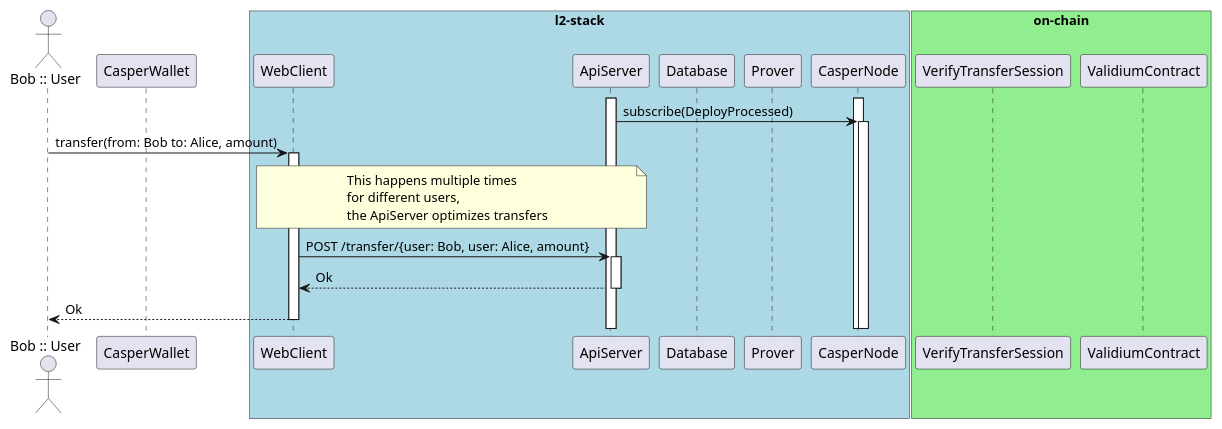
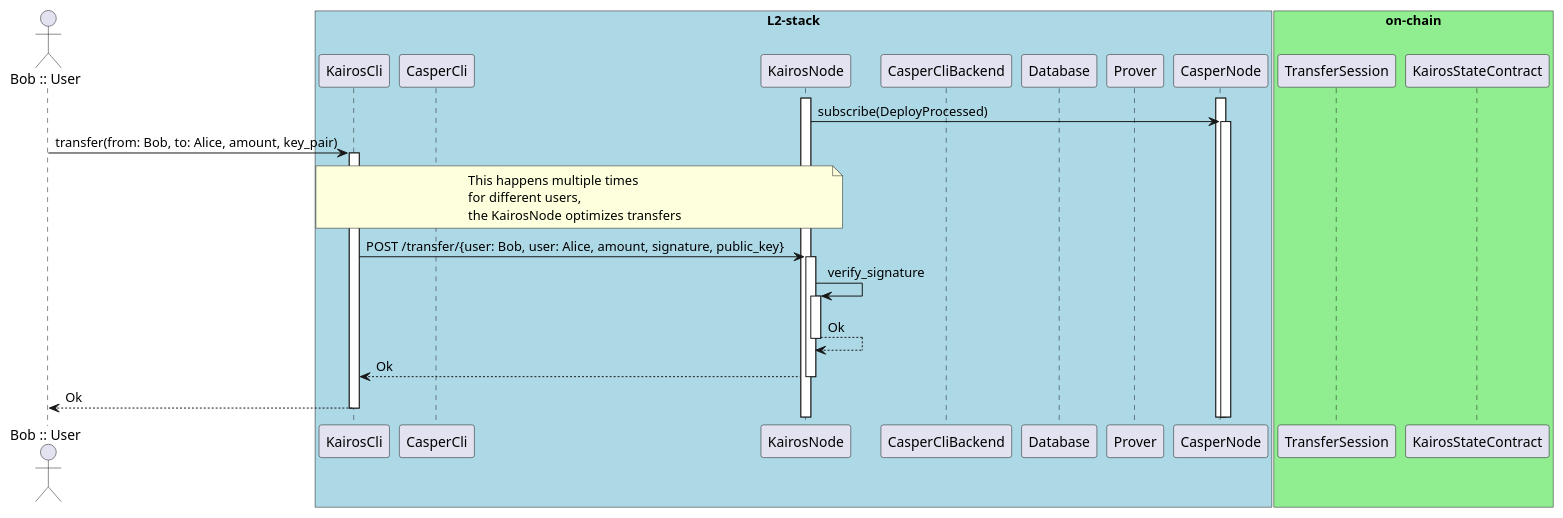
The diagram in diagrams/transfer_sequence_diagram_client_submit.puml (cspr-rad/kairos-spec), drawn with PlantUML before and after one commit. The commit also changed 4 other files, not shown here.

Commit message:
diagrams: update transaction diagrams and text

```diff
--- a/diagrams/transfer_sequence_diagram_client_submit.puml
+++ b/diagrams/transfer_sequence_diagram_client_submit.puml
@@ -1,32 +1,35 @@
 @startuml
 autoactivate on
 actor "Bob :: User" as Bob
-participant CasperWallet
-box "l2-stack" #LightBlue
-participant WebClient
-participant ApiServer
+box "L2-stack" #LightBlue
+participant KairosCli
+participant CasperCli
+participant KairosNode
+participant CasperCliBackend
 participant Database
 participant Prover
 participant CasperNode
 end box
 box "on-chain" #LightGreen
-participant VerifyTransferSession
-participant ValidiumContract
+participant TransferSession
+participant KairosStateContract
 end box
 
 activate CasperNode
-activate ApiServer
+activate KairosNode
 
-ApiServer -> CasperNode: subscribe(DeployProcessed)
-Bob -> WebClient: transfer(from: Bob to: Alice, amount)
+KairosNode -> CasperNode: subscribe(DeployProcessed)
+Bob -> KairosCli: transfer(from: Bob, to: Alice, amount, key_pair)
 
-note over WebClient, ApiServer
+note over KairosCli, KairosNode
 This happens multiple times
 for different users,
-the ApiServer optimizes transfers
+the KairosNode optimizes transfers
 end note 
 
-WebClient -> ApiServer: POST /transfer/{user: Bob, user: Alice, amount}
-ApiServer --> WebClient: Ok
-WebClient --> Bob: Ok
+KairosCli -> KairosNode: POST /transfer/{user: Bob, user: Alice, amount, signature, public_key}
+KairosNode -> KairosNode: verify_signature
+KairosNode --> KairosNode: Ok
+KairosNode --> KairosCli: Ok
+KairosCli --> Bob: Ok
 @enduml
```
